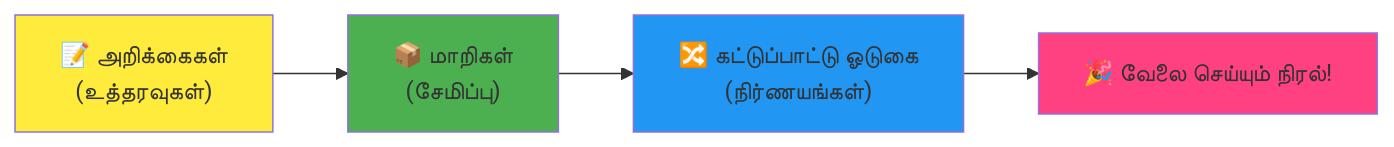
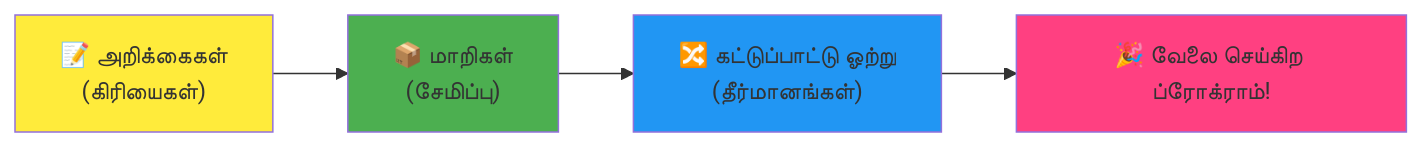
Before and after one commit to microsoft/Web-Dev-For-Beginners: the fourth of 7 diagrams in translations/ta/1-getting-started-lessons/1-intro-to-programming-languages/README.md, drawn with Mermaid. The commit also changed other lines of this file and 11 other files, not shown here.

````diff
--- a/translations/ta/1-getting-started-lessons/1-intro-to-programming-languages/README.md
+++ b/translations/ta/1-getting-started-lessons/1-intro-to-programming-languages/README.md
@@ -467,9 +465,9 @@
 ```mermaid
 flowchart LR
-    A["📝 அறிக்கைகள்<br/>(உத்தரவுகள்)"] --> B["📦 மாறிகள்<br/>(சேமிப்பு)"] --> C["🔀 கட்டுப்பாட்டு ஓடுகை<br/>(நிர்ணயங்கள்)"] --> D["🎉 வேலை செய்யும் நிரல்!"]
+    A["📝 அறிக்கைகள்<br/>(கிரியைகள்)"] --> B["📦 மாறிகள்<br/>(சேமிப்பு)"] --> C["🔀 கட்டுப்பாட்டு ஓற்று<br/>(தீர்மானங்கள்)"] --> D["🎉 வேலை செய்கிற ப்ரோக்ராம்!"]
     
     style A fill:#ffeb3b
     style B fill:#4caf50
     style C fill:#2196f3
     style D fill:#ff4081
-```  
+```
````
